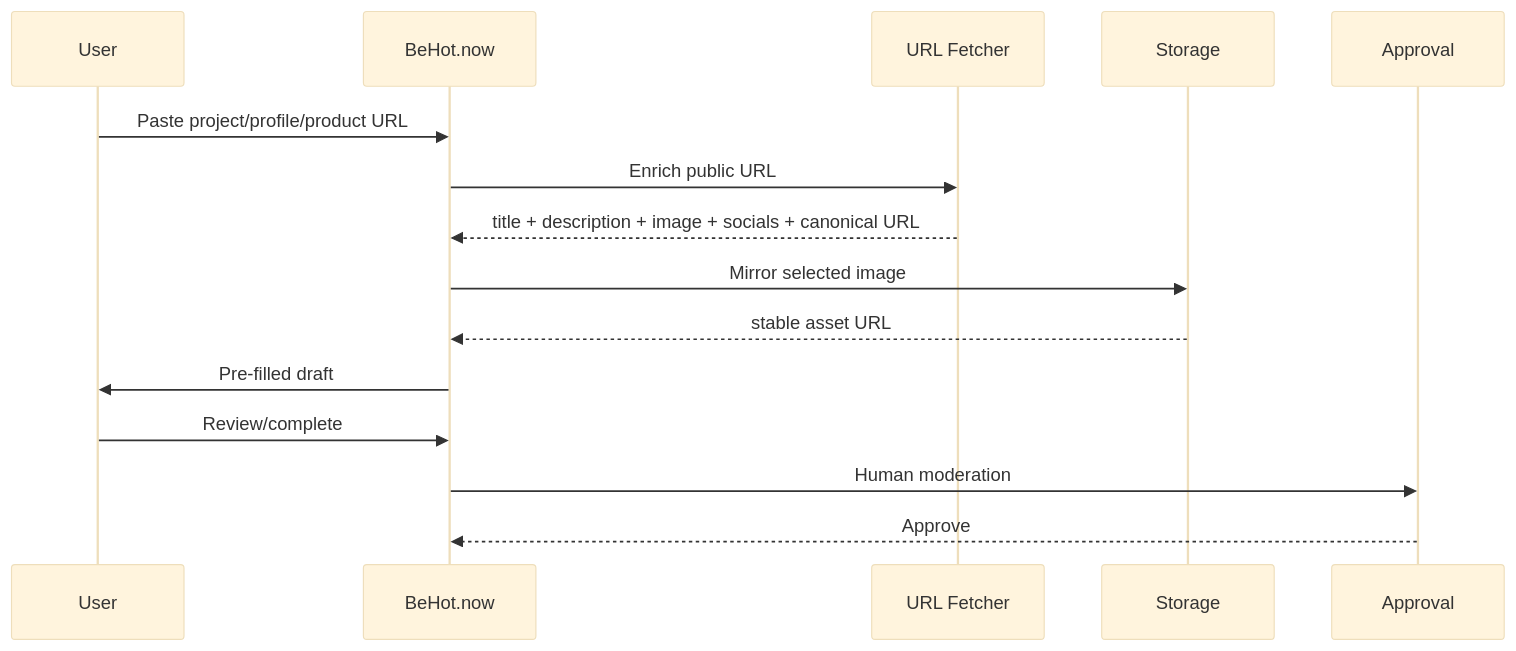
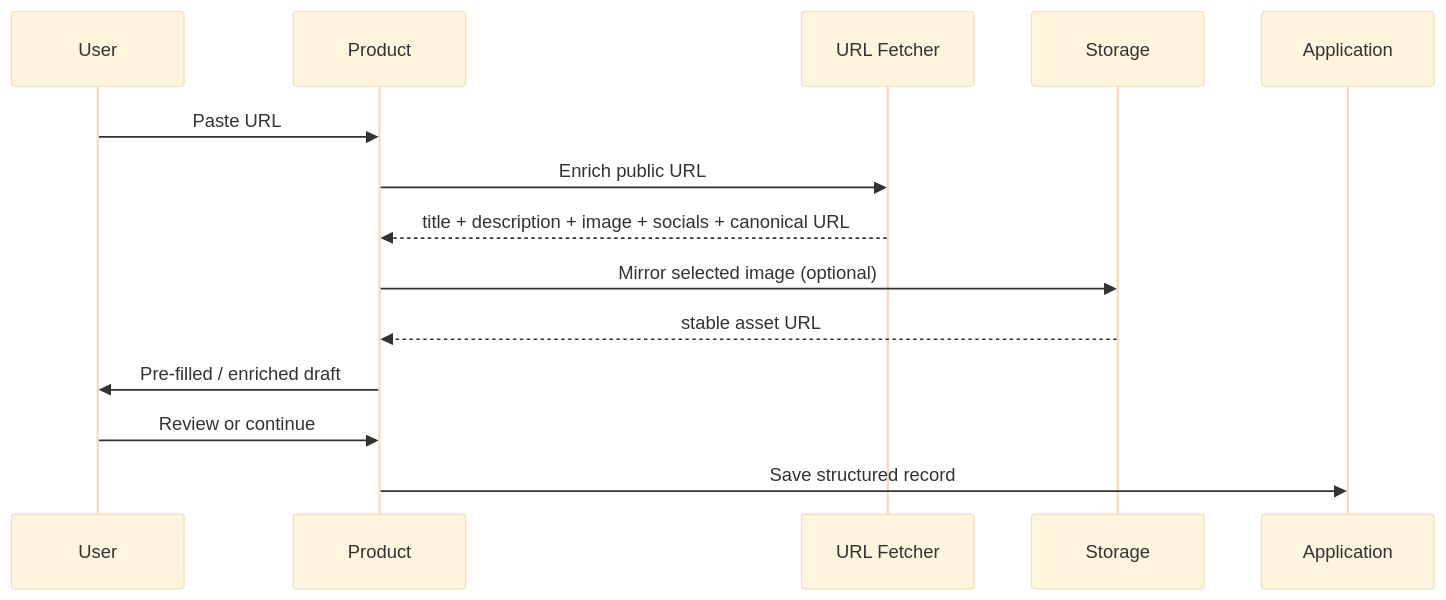
One commit to vpicciuolo/url-metadata-social-fetcher changed the second of 2 diagrams in README.md. Above: the diagram before and after it, drawn with Mermaid (base theme). The commit also changed other lines of this file, not shown here.

Commit message:
docs: showcase BeHot.now and HORNO Space live implementations

````diff
--- a/README.md
+++ b/README.md
@@ -100,17 +151,16 @@
 ```mermaid
 sequenceDiagram
   participant U as User
-  participant B as BeHot.now
+  participant P as Product
   participant F as URL Fetcher
   participant S as Storage
-  participant A as Approval
-  U->>B: Paste project/profile/product URL
-  B->>F: Enrich public URL
-  F-->>B: title + description + image + socials + canonical URL
-  B->>S: Mirror selected image
-  S-->>B: stable asset URL
-  B->>U: Pre-filled draft
-  U->>B: Review/complete
-  B->>A: Human moderation
-  A-->>B: Approve
+  participant A as Application
+  U->>P: Paste URL
+  P->>F: Enrich public URL
+  F-->>P: title + description + image + socials + canonical URL
+  P->>S: Mirror selected image (optional)
+  S-->>P: stable asset URL
+  P->>U: Pre-filled / enriched draft
+  U->>P: Review or continue
+  P->>A: Save structured record
 ```
````
